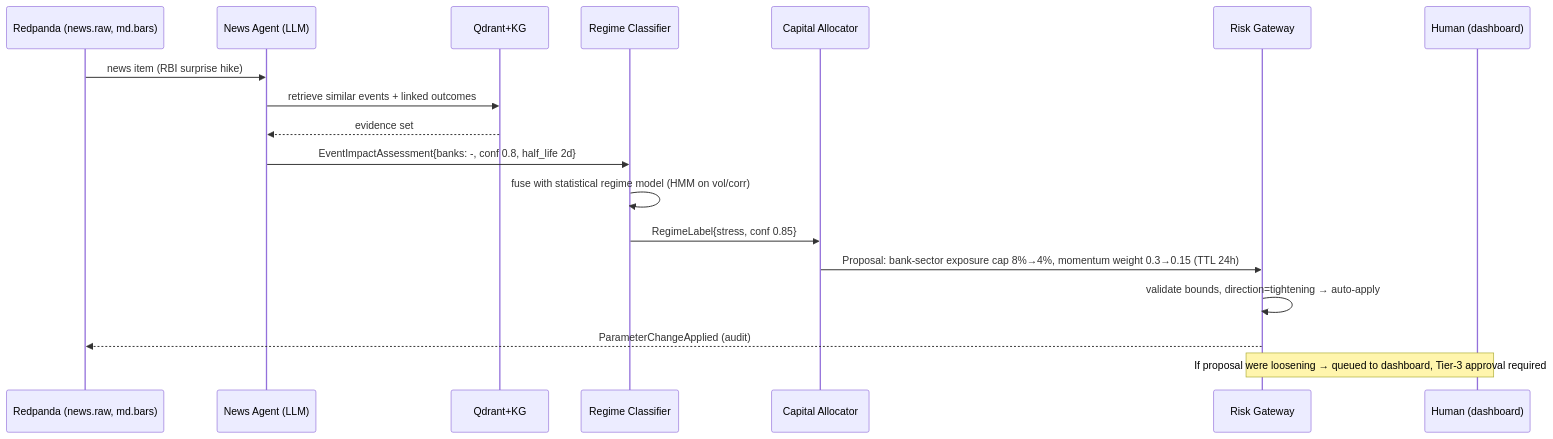
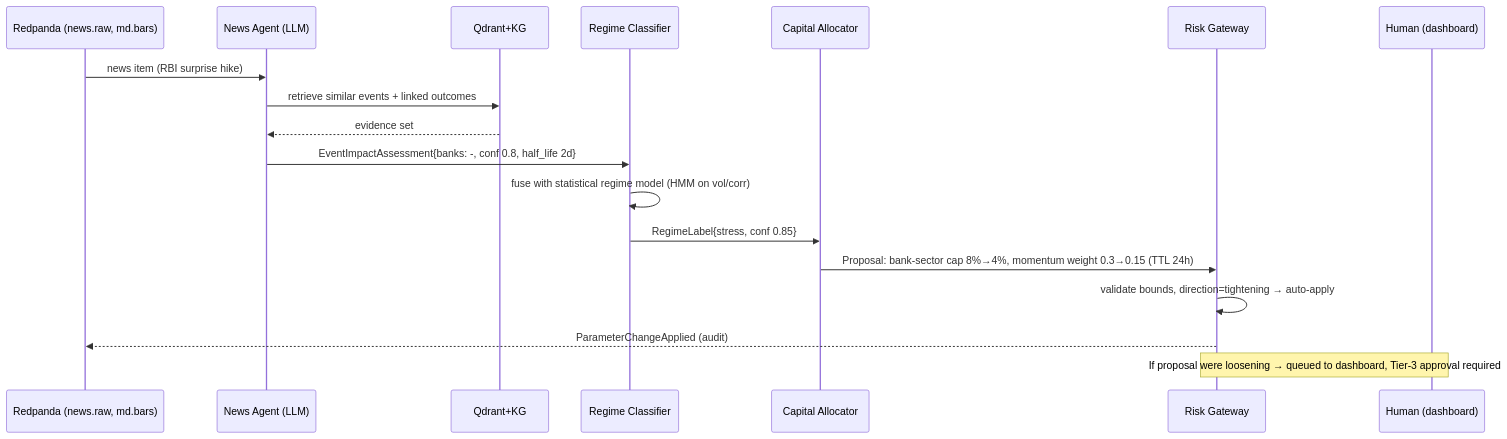
Before and after one commit to abrar99966/Multi-Agent-Enterprise-Trading-Bot: the seventh of 8 diagrams in docs/ARCHITECTURE.md, drawn with Mermaid. The commit also changed other lines of this file, not shown here.

First line of the commit message:
docs: restructure ARCHITECTURE.md to enterprise-grade format

````diff
--- a/docs/ARCHITECTURE.md
+++ b/docs/ARCHITECTURE.md
@@ -516,21 +586,20 @@
 ```mermaid
 sequenceDiagram
     participant RP as Redpanda (news.raw, md.bars)
     participant NA as News Agent (LLM)
     participant KG as Qdrant+KG
     participant RC as Regime Classifier
     participant CA as Capital Allocator
     participant RG as Risk Gateway
     participant H as Human (dashboard)
-
     RP->>NA: news item (RBI surprise hike)
     NA->>KG: retrieve similar events + linked outcomes
     KG-->>NA: evidence set
     NA->>RC: EventImpactAssessment{banks: -, conf 0.8, half_life 2d}
     RC->>RC: fuse with statistical regime model (HMM on vol/corr)
     RC->>CA: RegimeLabel{stress, conf 0.85}
-    CA->>RG: Proposal: bank-sector exposure cap 8%→4%, momentum weight 0.3→0.15 (TTL 24h)
+    CA->>RG: Proposal: bank-sector cap 8%→4%, momentum weight 0.3→0.15 (TTL 24h)
     RG->>RG: validate bounds, direction=tightening → auto-apply
     RG-->>RP: ParameterChangeApplied (audit)
     Note over RG,H: If proposal were loosening → queued to dashboard, Tier-3 approval required
 ```
````
